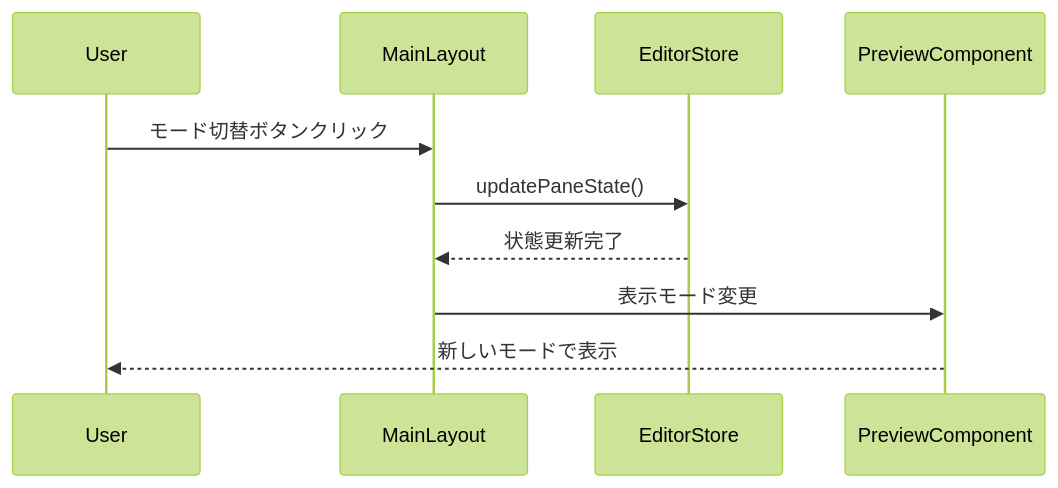
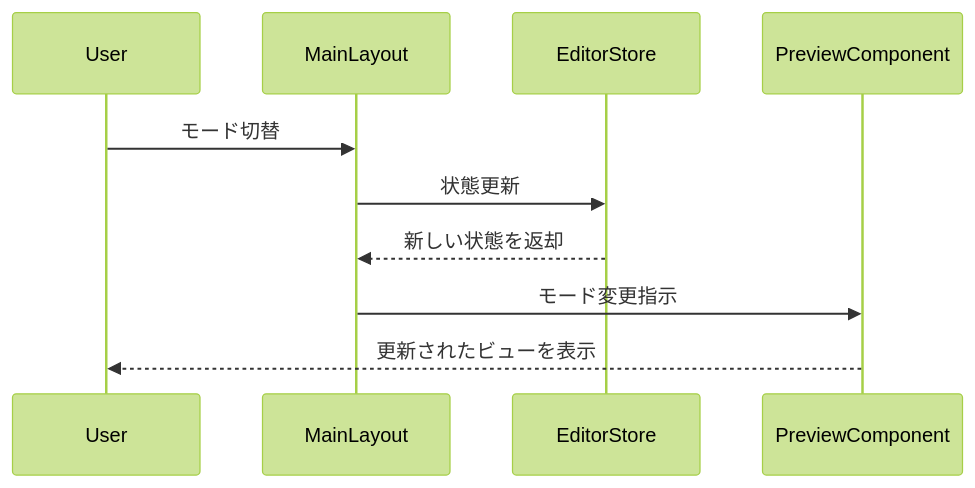
Before and after one commit to junTaniguchi/ido_editor: the first of 3 diagrams in docs/sequence-diagrams/README.md, drawn with Mermaid (forest theme). The commit also changed other lines of this file and 23 other files, not shown here.

````diff
--- a/docs/sequence-diagrams/README.md
+++ b/docs/sequence-diagrams/README.md
@@ -52,13 +36,13 @@
 ```mermaid
 sequenceDiagram
     participant User
-    participant MainLayout  
+    participant MainLayout
     participant EditorStore
     participant PreviewComponent
-    
-    User->>MainLayout: モード切替ボタンクリック
-    MainLayout->>EditorStore: updatePaneState()
-    EditorStore-->>MainLayout: 状態更新完了
-    MainLayout->>PreviewComponent: 表示モード変更
-    PreviewComponent-->>User: 新しいモードで表示
+
+    User->>MainLayout: モード切替
+    MainLayout->>EditorStore: 状態更新
+    EditorStore-->>MainLayout: 新しい状態を返却
+    MainLayout->>PreviewComponent: モード変更指示
+    PreviewComponent-->>User: 更新されたビューを表示
 ```
````
